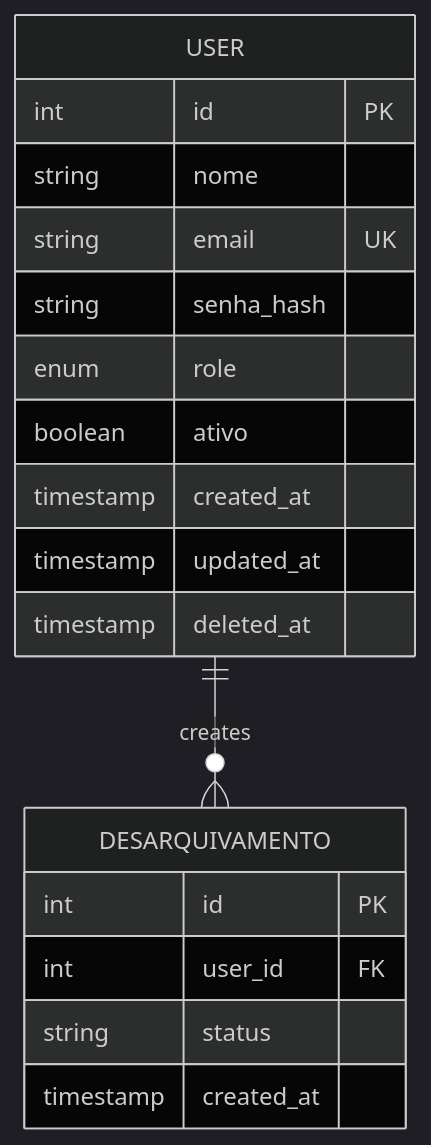
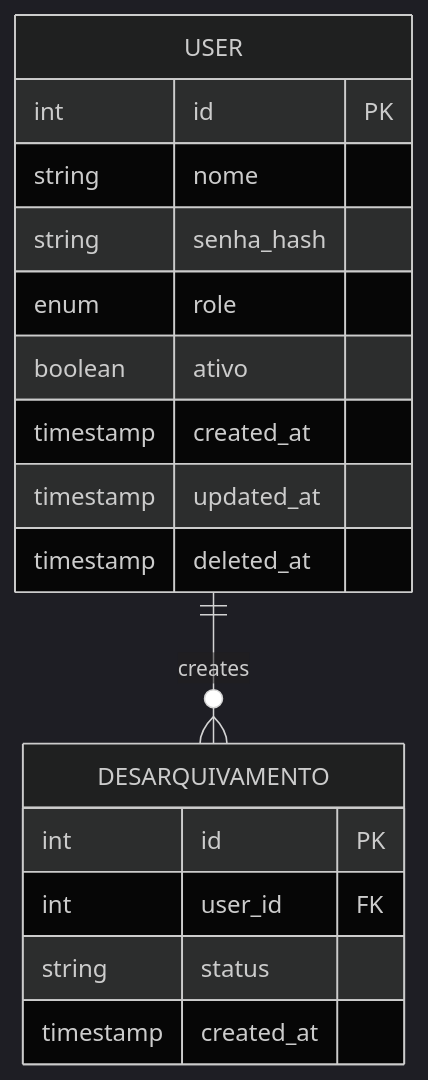
Before and after one commit to kevinpatrickborges/Gestordedocumentos: the third of 3 diagrams in .trae/documents/usuarios-technical-architecture.md, drawn with Mermaid (dark theme). The commit also changed other lines of this file and 376 other files, not shown here.

````diff
--- a/.trae/documents/usuarios-technical-architecture.md
+++ b/.trae/documents/usuarios-technical-architecture.md
@@ -206,23 +201,22 @@
 ```mermaid
 erDiagram
     USER {
         int id PK
         string nome
-        string email UK
         string senha_hash
         enum role
         boolean ativo
         timestamp created_at
         timestamp updated_at
         timestamp deleted_at
     }
     
     DESARQUIVAMENTO {
         int id PK
         int user_id FK
         string status
         timestamp created_at
     }
     
     USER ||--o{ DESARQUIVAMENTO : creates
 ```
````
